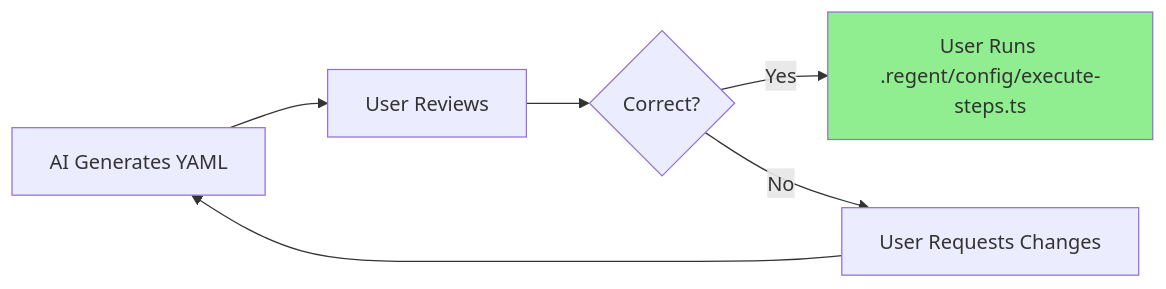
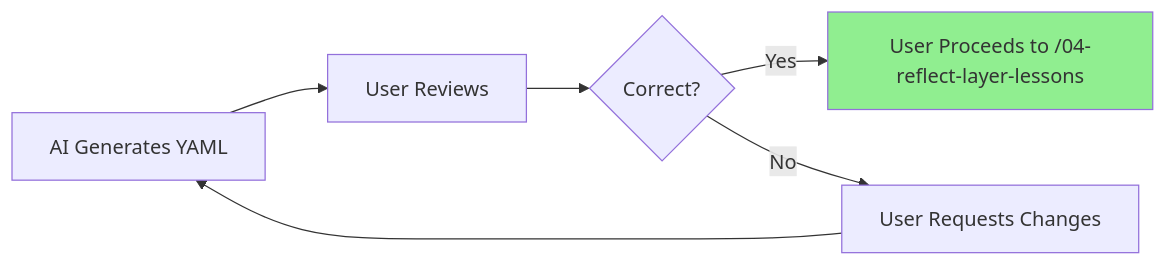
The fourth of 4 diagrams in .claude/commands/03-generate-layer-code.md (thiagobutignon/spec-kit-clean-archicteture), drawn with Mermaid before and after one commit. The commit also changed other lines of this file, not shown here.

First line of the commit message:
fix: remove SpecToYamlTransformer references from /03-generate-layer-code

````diff
--- a/.claude/commands/03-generate-layer-code.md
+++ b/.claude/commands/03-generate-layer-code.md
@@ -444,9 +426,9 @@
 ```mermaid
 graph LR
     A[AI Generates YAML] --> B[User Reviews]
     B --> C{Correct?}
-    C -->|Yes| D[User Runs .regent/config/execute-steps.ts]
+    C -->|Yes| D[User Proceeds to /04-reflect-layer-lessons]
     C -->|No| E[User Requests Changes]
     E --> A
     style D fill:#90EE90
 ```
````
